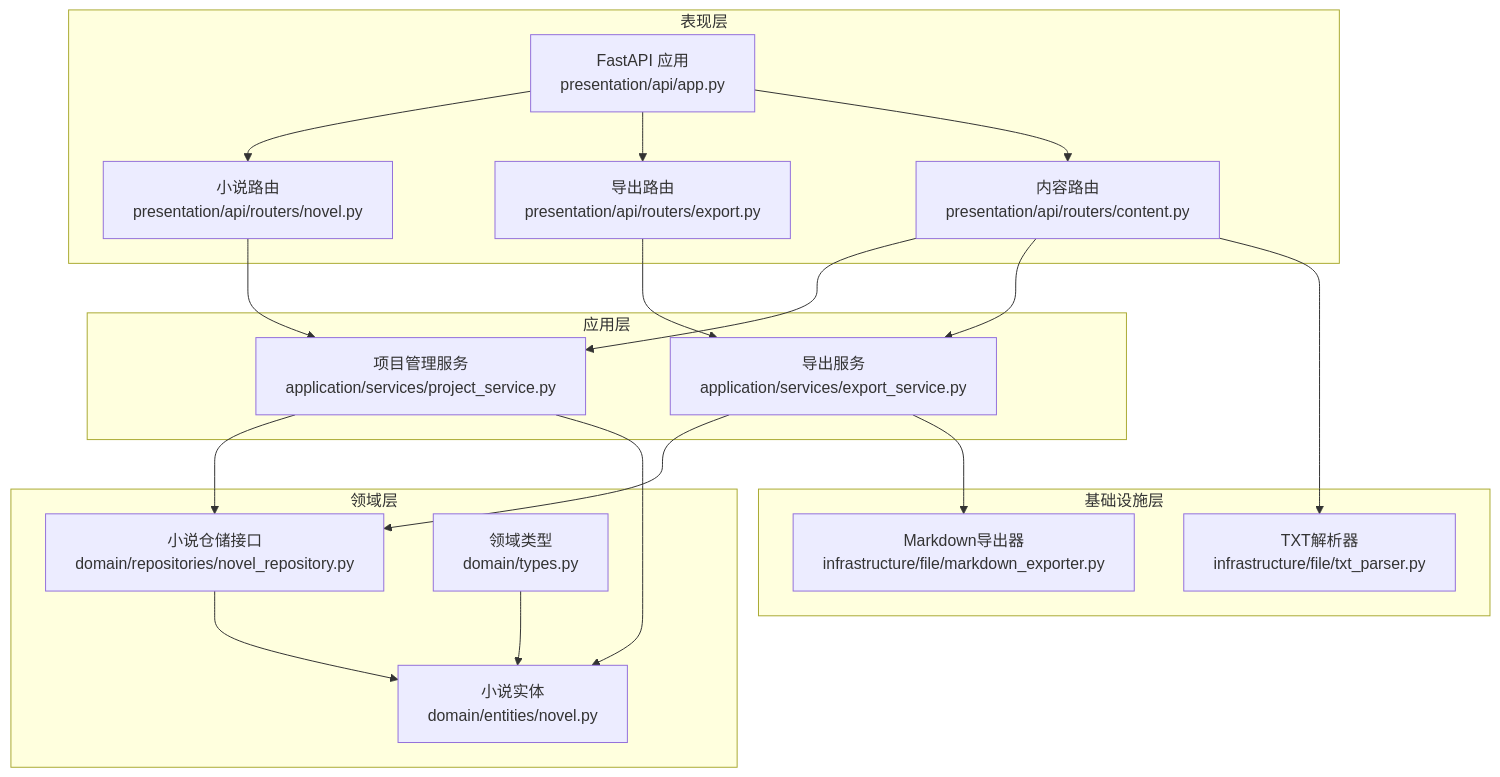
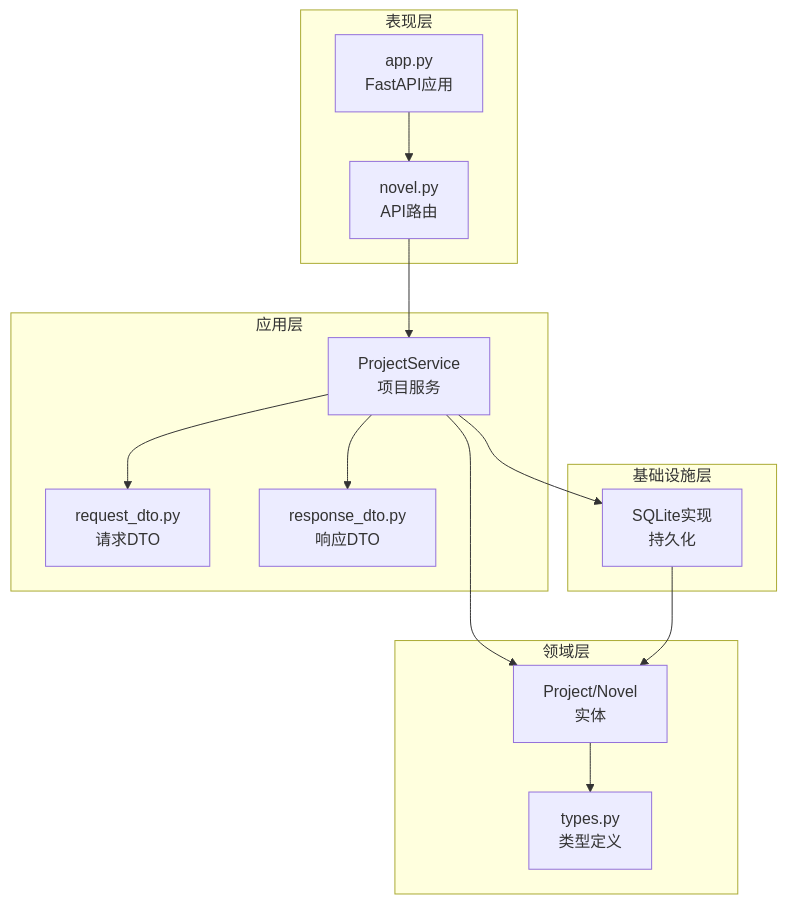
Before and after one commit to octsfm/InkTrace: the first of 5 diagrams in .qoder/repowiki/zh/content/API接口文档/小说管理API.md, drawn with Mermaid. The commit also changed other lines of this file and 179 other files, not shown here.

````diff
--- a/.qoder/repowiki/zh/content/API接口文档/小说管理API.md
+++ b/.qoder/repowiki/zh/content/API接口文档/小说管理API.md
@@ -52,36 +39,27 @@
 ```mermaid
 graph TB
 subgraph "表现层"
-A["FastAPI 应用<br/>presentation/api/app.py"]
-B["小说路由<br/>presentation/api/routers/novel.py"]
-C["导出路由<br/>presentation/api/routers/export.py"]
-D["内容路由<br/>presentation/api/routers/content.py"]
+Router[novel.py<br/>API路由]
+App[app.py<br/>FastAPI应用]
 end
 subgraph "应用层"
-E["项目管理服务<br/>application/services/project_service.py"]
-F["导出服务<br/>application/services/export_service.py"]
+Service[ProjectService<br/>项目服务]
+DTOReq[request_dto.py<br/>请求DTO]
+DTOResp[response_dto.py<br/>响应DTO]
 end
 subgraph "领域层"
-G["小说实体<br/>domain/entities/novel.py"]
-H["小说仓储接口<br/>domain/repositories/novel_repository.py"]
-I["领域类型<br/>domain/types.py"]
+Entity[Project/Novel<br/>实体]
+Types[types.py<br/>类型定义]
 end
 subgraph "基础设施层"
-J["Markdown导出器<br/>infrastructure/file/markdown_exporter.py"]
-K["TXT解析器<br/>infrastructure/file/txt_parser.py"]
+Repo[SQLite实现<br/>持久化]
 end
-A --> B
-A --> C
-A --> D
-B --> E
-C --> F
-D --> E
-D --> F
-E --> H
-F --> H
-F --> J
-D --> K
-E --> G
-H --> G
-I --> G
+App --> Router
+Router --> Service
+Service --> Entity
+Service --> Repo
+Service --> DTOReq
+Service --> DTOResp
+Entity --> Types
+Repo --> Entity
 ```
````
